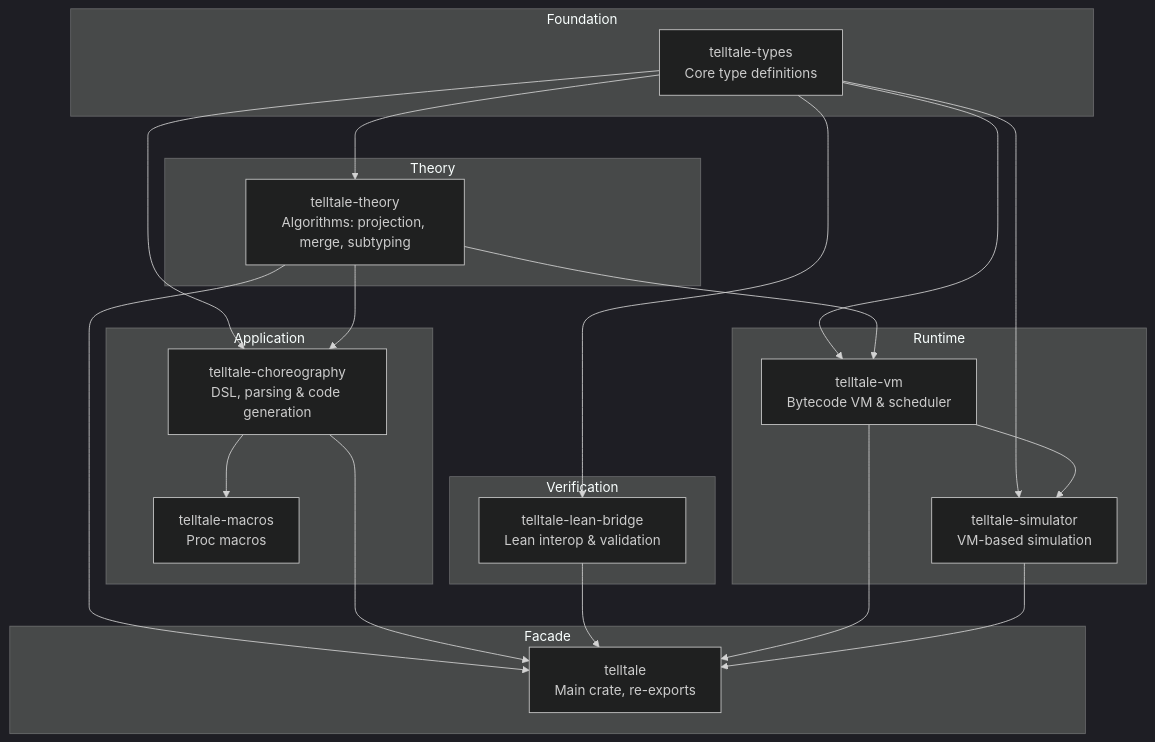
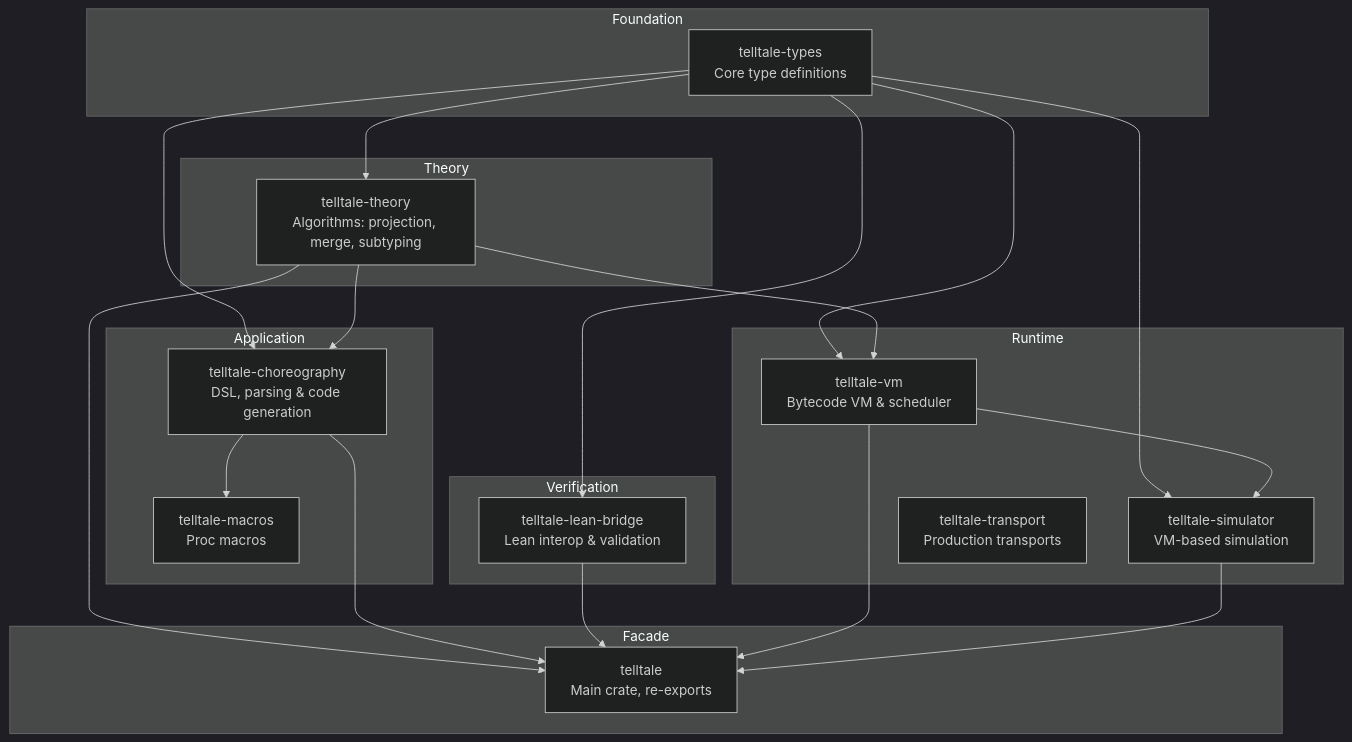
Before and after one commit to hxrts/telltale: the first of 2 diagrams in docs/03_crate_organization.md, drawn with Mermaid (dark theme). The commit also changed other lines of this file and 55 other files, not shown here.

````diff
--- a/docs/03_crate_organization.md
+++ b/docs/03_crate_organization.md
@@ -7,47 +7,48 @@
 ```mermaid
 graph TB
     subgraph Foundation
         types["telltale-types<br/>Core type definitions"]
     end
 
     subgraph Theory
         theory["telltale-theory<br/>Algorithms: projection, merge, subtyping"]
     end
 
     subgraph Verification
         lean["telltale-lean-bridge<br/>Lean interop & validation"]
     end
 
     subgraph Runtime
         vm["telltale-vm<br/>Bytecode VM & scheduler"]
         simulator["telltale-simulator<br/>VM-based simulation"]
+        transport["telltale-transport<br/>Production transports"]
     end
 
     subgraph Application
         choreo["telltale-choreography<br/>DSL, parsing & code generation"]
         macros["telltale-macros<br/>Proc macros"]
     end
 
     subgraph Facade
         main["telltale<br/>Main crate, re-exports"]
     end
 
     types --> theory
     types --> lean
     types --> choreo
     types --> vm
     types --> simulator
 
     theory --> choreo
     theory --> vm
 
     vm --> simulator
 
     choreo --> macros
 
     theory --> main
     choreo --> main
     lean --> main
     vm --> main
     simulator --> main
 ```
````
